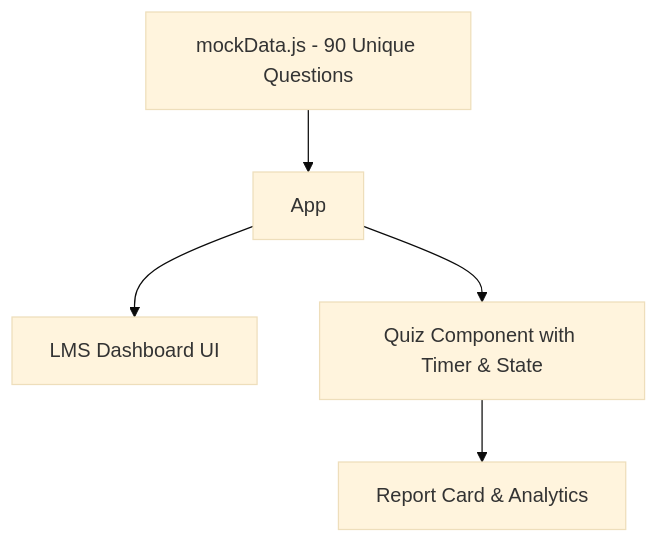
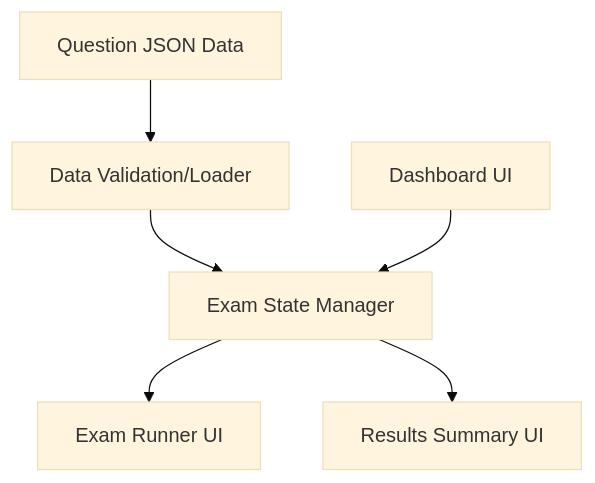
The diagram in docs/03-architecture.md (Uzair0123/bassant-exam-prep), drawn with Mermaid (base theme) before and after one commit. The commit also changed other lines of this file and 29 other files, not shown here.

Commit message:
feat: complete v2 exam app with beautiful UI and validated question bank

````diff
--- a/docs/03-architecture.md
+++ b/docs/03-architecture.md
@@ -9,7 +7,8 @@
 ```mermaid
 flowchart TD
-    Data[mockData.js - 90 Unique Questions] --> App
-    App --> Dashboard[LMS Dashboard UI]
-    App --> QuizEngine[Quiz Component with Timer & State]
-    QuizEngine --> Report[Report Card & Analytics]
+    A[Question JSON Data] --> B[Data Validation/Loader]
+    B --> C[Exam State Manager]
+    C --> D[Exam Runner UI]
+    C --> E[Results Summary UI]
+    F[Dashboard UI] --> C
 ```
````
